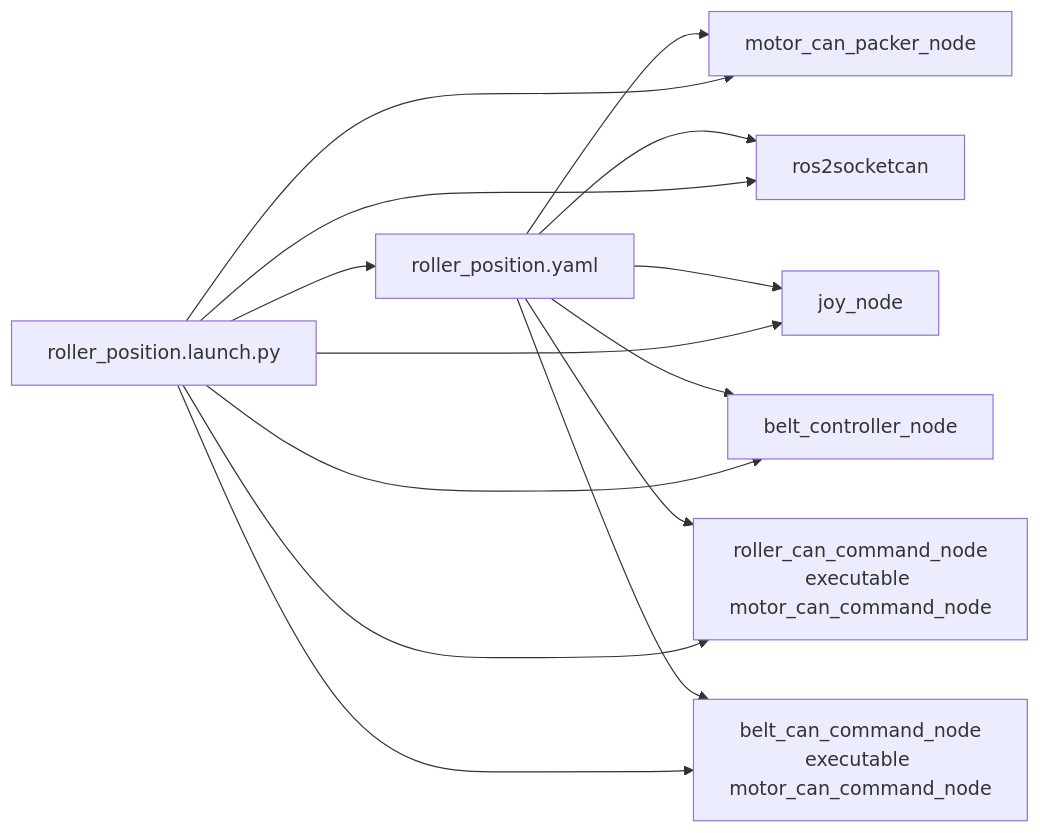
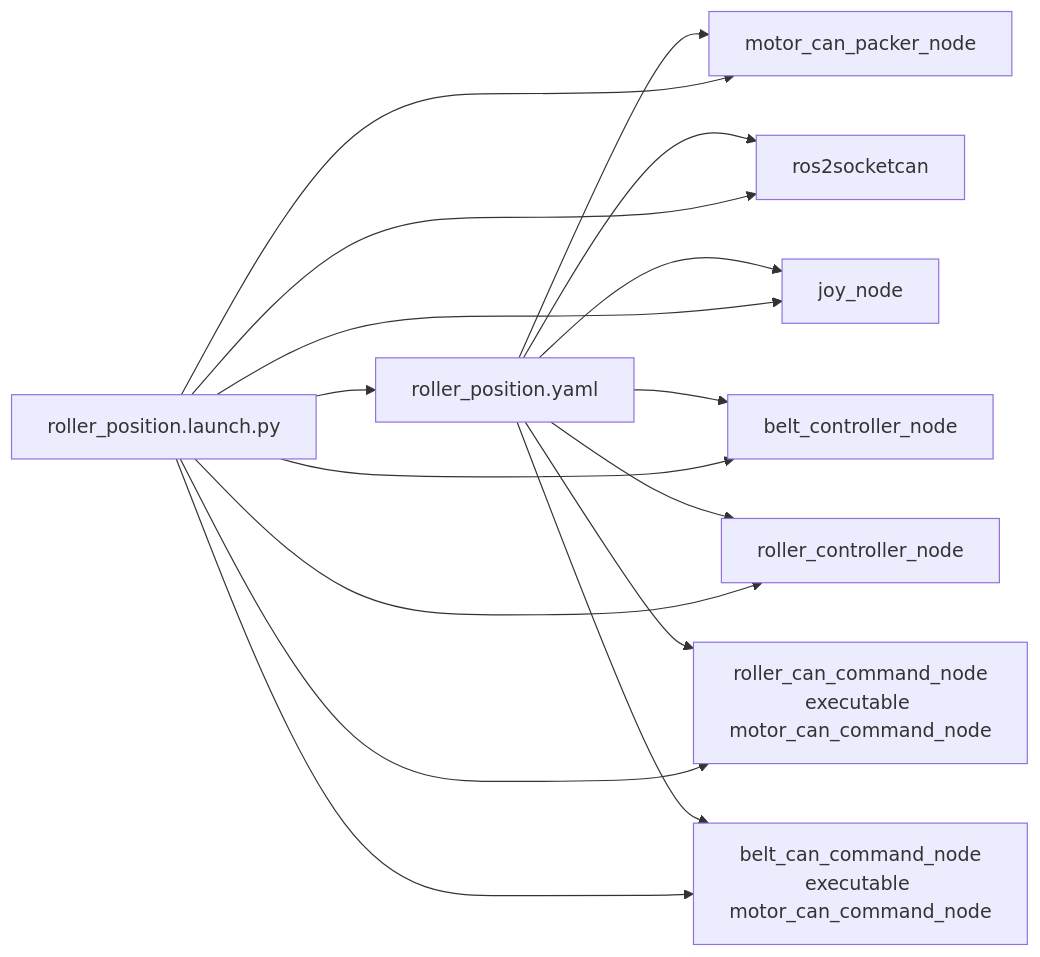
The second of 10 diagrams in ros2_ws/src/test.md (rodep-soft/rox2026), drawn with Mermaid before and after one commit. The commit also changed other lines of this file and 7 other files, not shown here.

````diff
--- a/ros2_ws/src/test.md
+++ b/ros2_ws/src/test.md
@@ -38,27 +38,30 @@
 ```mermaid
 flowchart LR
   launch["roller_position.launch.py"]
   config["roller_position.yaml"]
 
   packer["motor_can_packer_node"]
   socketcan["ros2socketcan"]
   joy["joy_node"]
   mad_motor["belt_controller_node"]
+  roller_ctrl["roller_controller_node"]
   roller_cmd["roller_can_command_node<br/>executable motor_can_command_node"]
   belt_cmd["belt_can_command_node<br/>executable motor_can_command_node"]
 
   launch --> config
   config --> packer
   config --> socketcan
   config --> joy
   config --> mad_motor
+  config --> roller_ctrl
   config --> roller_cmd
   config --> belt_cmd
 
   launch --> packer
   launch --> socketcan
   launch --> joy
   launch --> mad_motor
+  launch --> roller_ctrl
   launch --> roller_cmd
   launch --> belt_cmd
 ```
````
